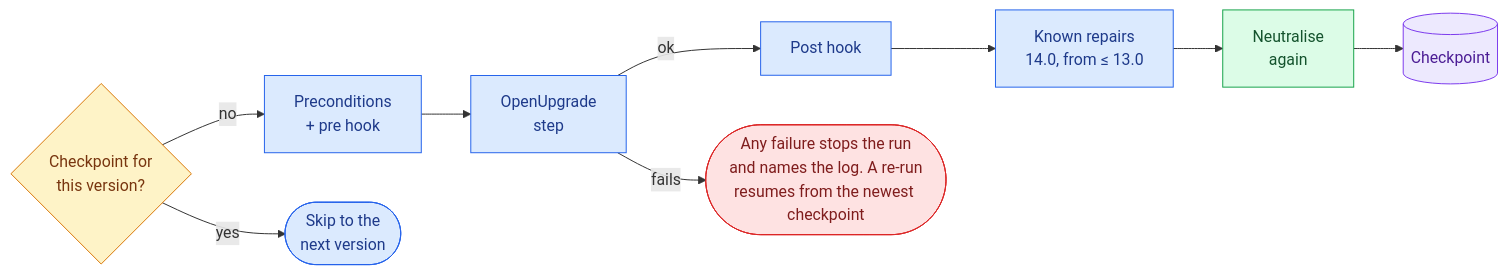
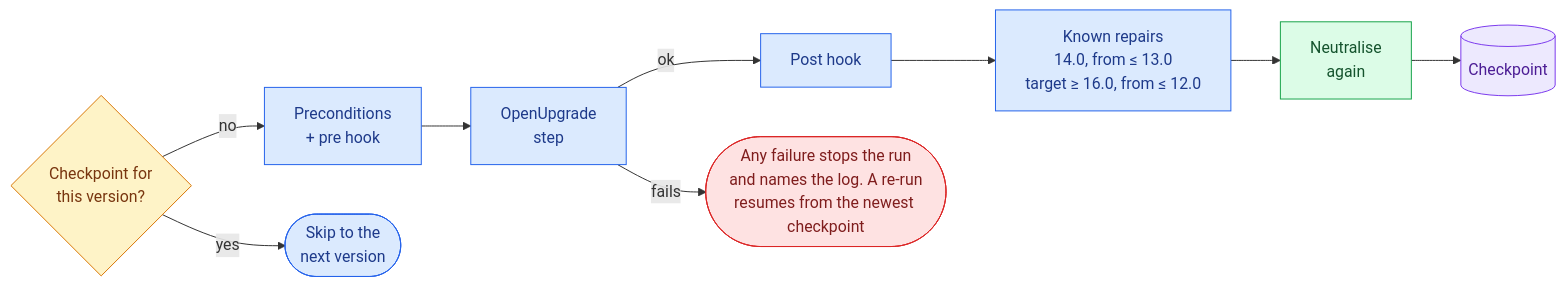
One commit to grojof/odoo_dev_workspace_generator changed the diagram in docs/migration/running.md. Above: the diagram before and after it, drawn with Mermaid. The commit also changed other lines of this file and 16 other files, not shown here.

````diff
--- a/docs/migration/running.md
+++ b/docs/migration/running.md
@@ -70,17 +70,17 @@
 ```mermaid
 flowchart LR
     K{Checkpoint for<br/>this version?} -- no --> P[Preconditions<br/>+ pre hook] --> O[OpenUpgrade<br/>step]
-    O -- ok --> H[Post hook] --> R[Known repairs<br/>14.0, from ≤ 13.0] --> N[Neutralise<br/>again] --> C[(Checkpoint)]
+    O -- ok --> H[Post hook] --> R[Known repairs<br/>14.0, from ≤ 13.0<br/>target ≥ 16.0, from ≤ 12.0] --> N[Neutralise<br/>again] --> C[(Checkpoint)]
     K -- yes --> Y([Skip to the<br/>next version])
     O -- fails --> X([Any failure stops the run<br/>and names the log. A re-run<br/>resumes from the newest checkpoint])
     classDef step fill:#dbeafe,stroke:#2563eb,color:#1e3a8a
     classDef ask fill:#fef3c7,stroke:#d97706,color:#78350f
     classDef guard fill:#dcfce7,stroke:#16a34a,color:#14532d
     classDef stop fill:#fee2e2,stroke:#dc2626,color:#7f1d1d
     classDef data fill:#ede9fe,stroke:#7c3aed,color:#4c1d95
     class P,O,H,R,Y step
     class K ask
     class N guard
     class X stop
     class C data
 ```
````
